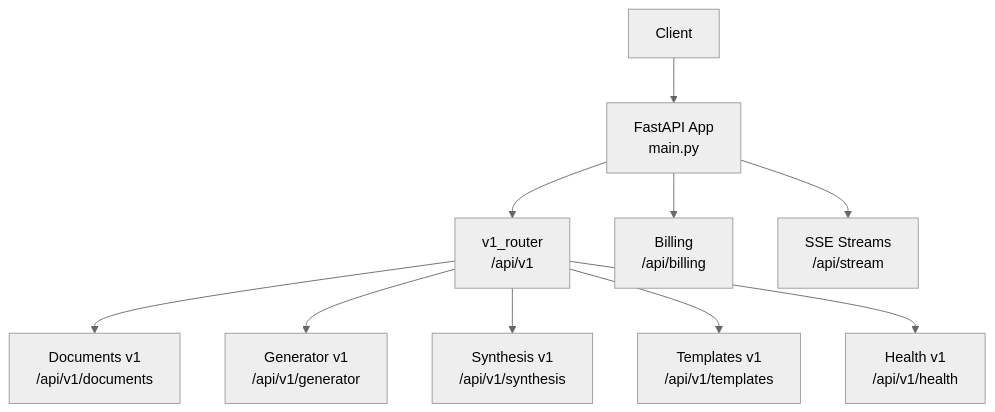
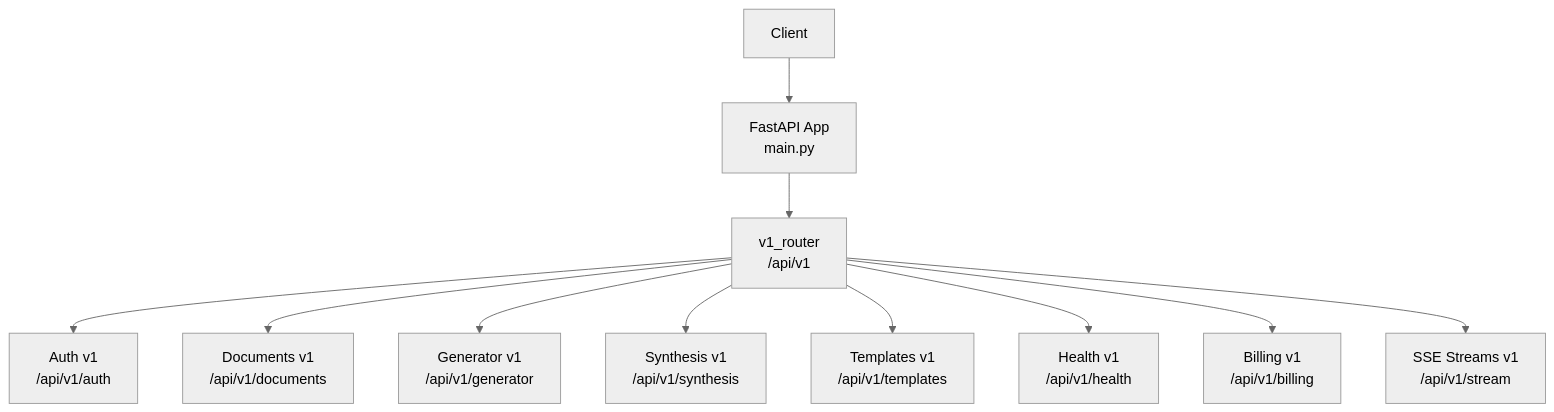
The first of 3 diagrams in .qoder/repowiki/en/content/API Reference/API Reference.md (rohitkumarnaidu/-Auto-AI-Automated-Academic-Docx-Manuscript-Formatter), drawn with Mermaid (neutral theme) before and after one commit. The commit also changed other lines of this file and 6 other files, not shown here.

````diff
--- a/.qoder/repowiki/en/content/API Reference/API Reference.md
+++ b/.qoder/repowiki/en/content/API Reference/API Reference.md
@@ -44,22 +51,24 @@
 ```mermaid
 graph TB
 Client["Client"]
 Main["FastAPI App<br/>main.py"]
 V1["v1_router<br/>/api/v1"]
+Auth["Auth v1<br/>/api/v1/auth"]
 Docs["Documents v1<br/>/api/v1/documents"]
 Gen["Generator v1<br/>/api/v1/generator"]
 Synth["Synthesis v1<br/>/api/v1/synthesis"]
 Tmpl["Templates v1<br/>/api/v1/templates"]
 Health["Health v1<br/>/api/v1/health"]
-Billing["Billing<br/>/api/billing"]
-Stream["SSE Streams<br/>/api/stream"]
+Billing["Billing v1<br/>/api/v1/billing"]
+Stream["SSE Streams v1<br/>/api/v1/stream"]
 Client --> Main
 Main --> V1
+V1 --> Auth
 V1 --> Docs
 V1 --> Gen
 V1 --> Synth
 V1 --> Tmpl
 V1 --> Health
-Main --> Billing
-Main --> Stream
+V1 --> Billing
+V1 --> Stream
 ```
````
